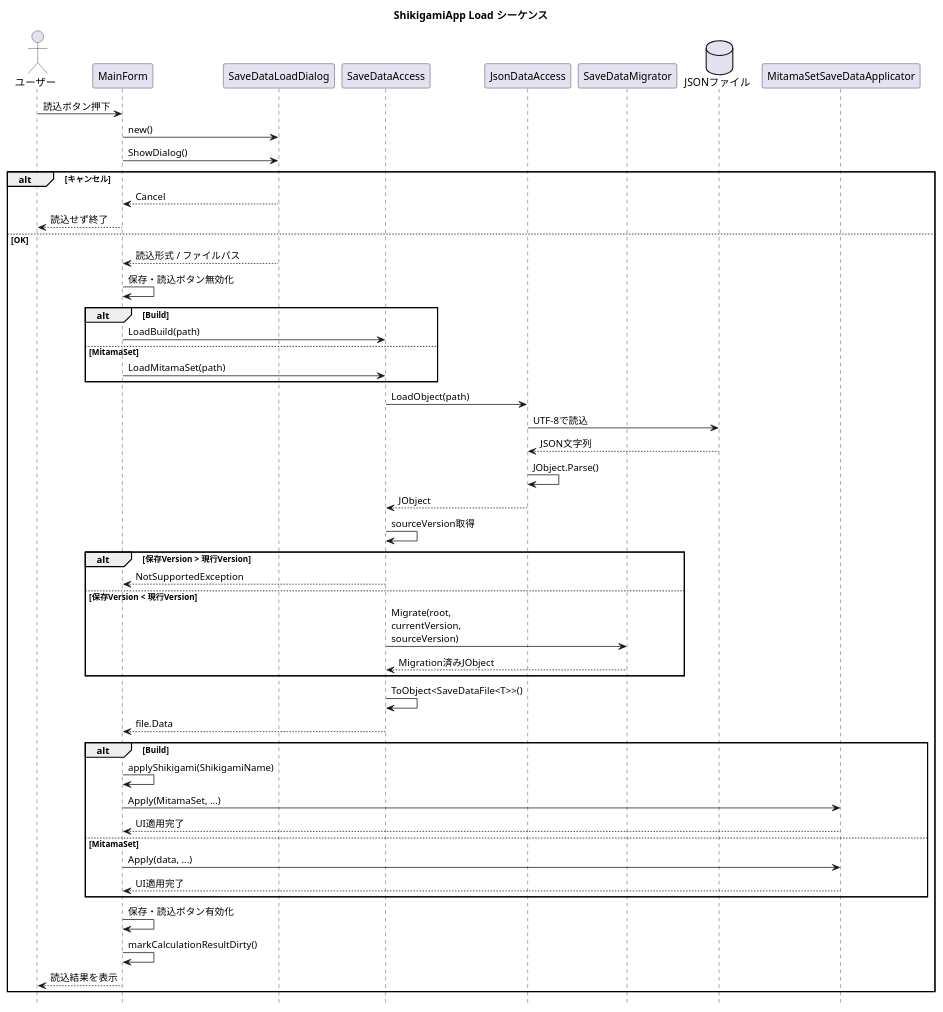
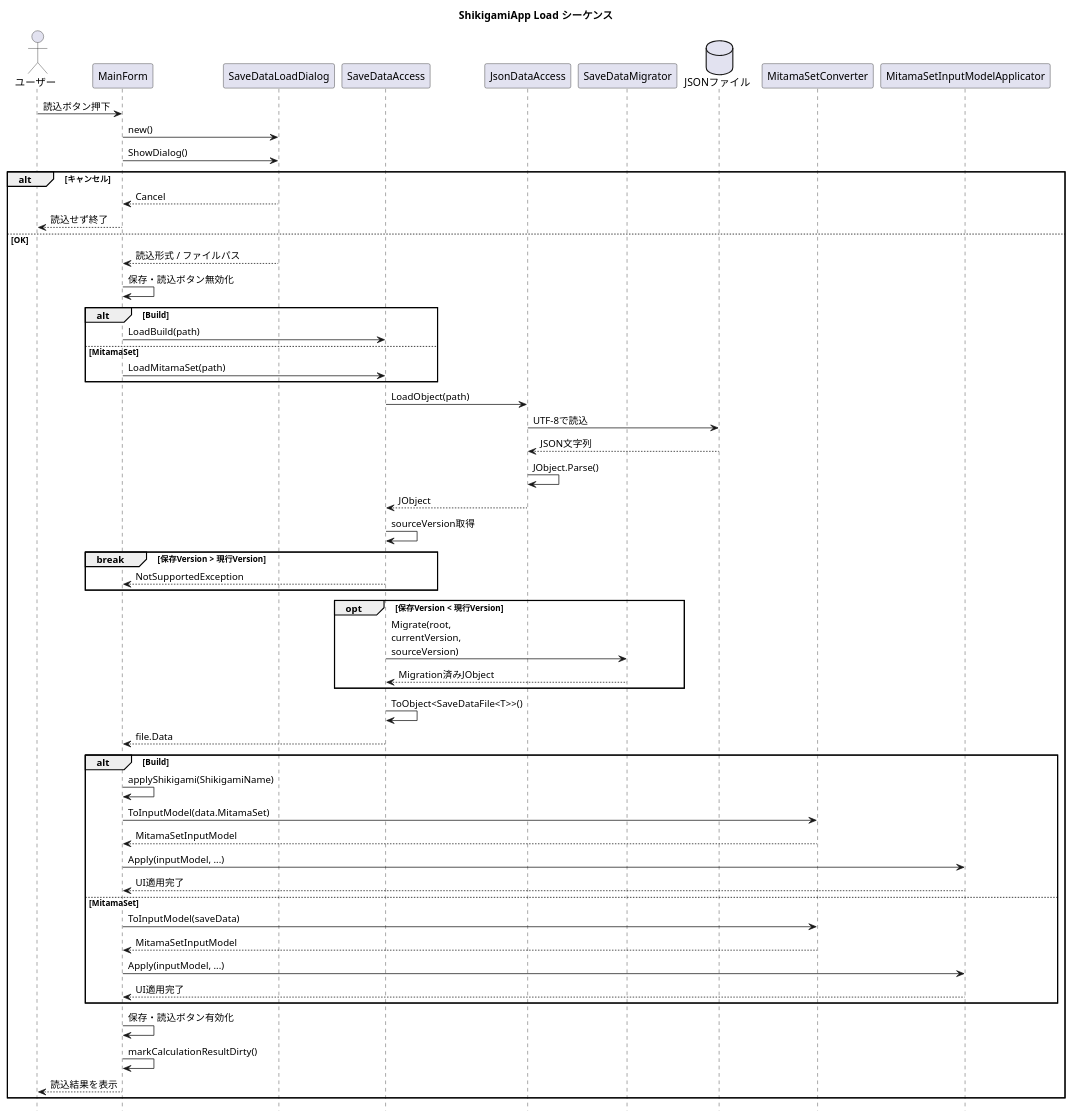
Before and after one commit to Staraptor0398/ShikigamiStatusCalculator: the diagram in Document/Diagram/SaveData/load_sequence.wsd, drawn with PlantUML. The commit also changed 3 other files, not shown here.

Commit message:
Update SaveData sequence diagrams

```diff
--- a/Document/Diagram/SaveData/load_sequence.wsd
+++ b/Document/Diagram/SaveData/load_sequence.wsd
@@ -1,74 +1,83 @@
 @startuml
 title ShikigamiApp Load シーケンス
 
 hide footbox
 
 actor "ユーザー" as User
 
 participant "MainForm" as MainForm
 participant "SaveDataLoadDialog" as LoadDialog
 
 participant "SaveDataAccess" as SaveDataAccess
 participant "JsonDataAccess" as JsonDataAccess
 participant "SaveDataMigrator" as Migrator
 
 database "JSONファイル" as JsonFile
 
-participant "MitamaSetSaveDataApplicator" as MitamaApplicator
+participant "MitamaSetConverter" as MitamaSetConverter
+participant "MitamaSetInputModelApplicator" as InputModelApplicator
 
 User -> MainForm : 読込ボタン押下
 
 MainForm -> LoadDialog : new()
 MainForm -> LoadDialog : ShowDialog()
 
 alt キャンセル
    LoadDialog --> MainForm : Cancel
    MainForm --> User : 読込せず終了
 
 else OK
    LoadDialog --> MainForm : 読込形式 / ファイルパス
 
    MainForm -> MainForm : 保存・読込ボタン無効化
 
    alt Build
        MainForm -> SaveDataAccess : LoadBuild(path)
    else MitamaSet
        MainForm -> SaveDataAccess : LoadMitamaSet(path)
    end
 
    SaveDataAccess -> JsonDataAccess : LoadObject(path)
    JsonDataAccess -> JsonFile : UTF-8で読込
    JsonFile --> JsonDataAccess : JSON文字列
    JsonDataAccess -> JsonDataAccess : JObject.Parse()
    JsonDataAccess --> SaveDataAccess : JObject
 
    SaveDataAccess -> SaveDataAccess : sourceVersion取得
 
-   alt 保存Version > 現行Version
+   break 保存Version > 現行Version
        SaveDataAccess --> MainForm : NotSupportedException
+   end
 
-   else 保存Version < 現行Version
+   opt 保存Version < 現行Version
        SaveDataAccess -> Migrator : Migrate(root,\ncurrentVersion,\nsourceVersion)
        Migrator --> SaveDataAccess : Migration済みJObject
    end
 
    SaveDataAccess -> SaveDataAccess : ToObject<SaveDataFile<T>>()
    SaveDataAccess --> MainForm : file.Data
 
    alt Build
        MainForm -> MainForm : applyShikigami(ShikigamiName)
-       MainForm -> MitamaApplicator : Apply(MitamaSet, ...)
-       MitamaApplicator --> MainForm : UI適用完了
+
+       MainForm -> MitamaSetConverter : ToInputModel(data.MitamaSet)
+       MitamaSetConverter --> MainForm : MitamaSetInputModel
+
+       MainForm -> InputModelApplicator : Apply(inputModel, ...)
+       InputModelApplicator --> MainForm : UI適用完了
 
    else MitamaSet
-       MainForm -> MitamaApplicator : Apply(data, ...)
-       MitamaApplicator --> MainForm : UI適用完了
+       MainForm -> MitamaSetConverter : ToInputModel(saveData)
+       MitamaSetConverter --> MainForm : MitamaSetInputModel
+
+       MainForm -> InputModelApplicator : Apply(inputModel, ...)
+       InputModelApplicator --> MainForm : UI適用完了
    end
 
    MainForm -> MainForm : 保存・読込ボタン有効化
    MainForm -> MainForm : markCalculationResultDirty()
 
    MainForm --> User : 読込結果を表示
 end
 
 @enduml
```
